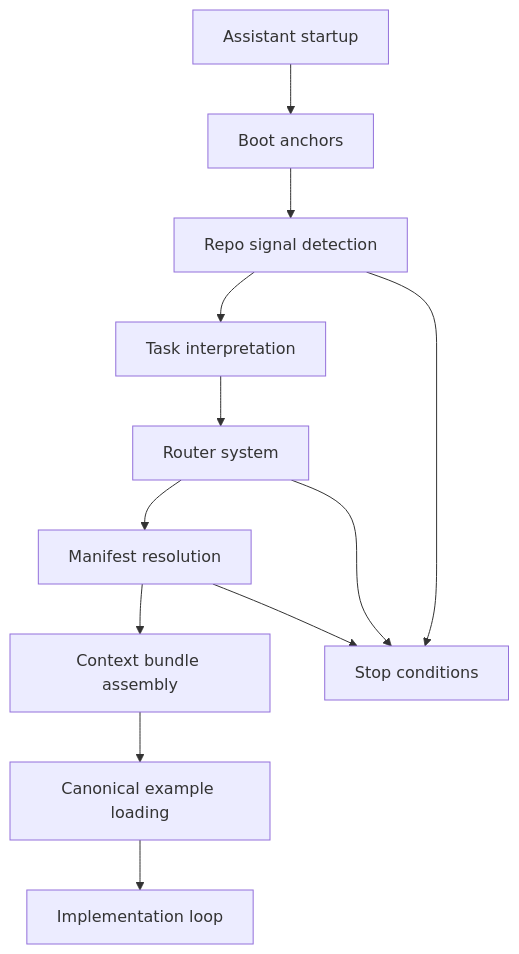
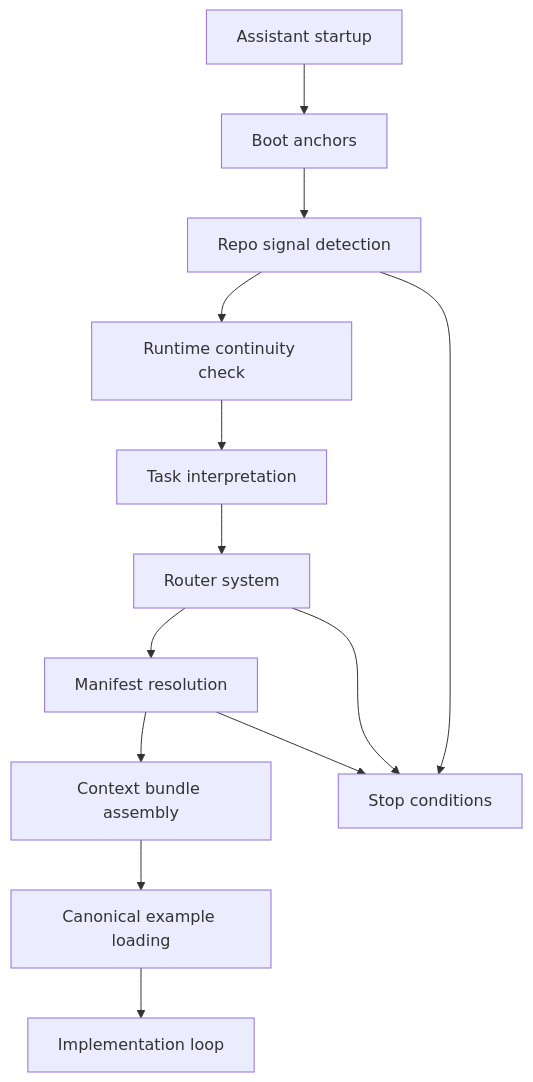
The diagram in docs/context-boot-sequence.md (someflydev/agent-context-base), drawn with Mermaid before and after one commit. The commit also changed other lines of this file and 7 other files, not shown here.

First line of the commit message:
[PROMPT_09] Integrate memory into boot flow

````diff
--- a/docs/context-boot-sequence.md
+++ b/docs/context-boot-sequence.md
@@ -64,14 +71,15 @@
 ```mermaid
 flowchart TD
     A[Assistant startup] --> B[Boot anchors]
     B --> C[Repo signal detection]
-    C --> D[Task interpretation]
-    D --> E[Router system]
-    E --> F[Manifest resolution]
-    F --> G[Context bundle assembly]
-    G --> H[Canonical example loading]
-    H --> I[Implementation loop]
-    C --> J[Stop conditions]
-    E --> J
-    F --> J
+    C --> D[Runtime continuity check]
+    D --> E[Task interpretation]
+    E --> F[Router system]
+    F --> G[Manifest resolution]
+    G --> H[Context bundle assembly]
+    H --> I[Canonical example loading]
+    I --> J[Implementation loop]
+    C --> K[Stop conditions]
+    F --> K
+    G --> K
 ```
````
